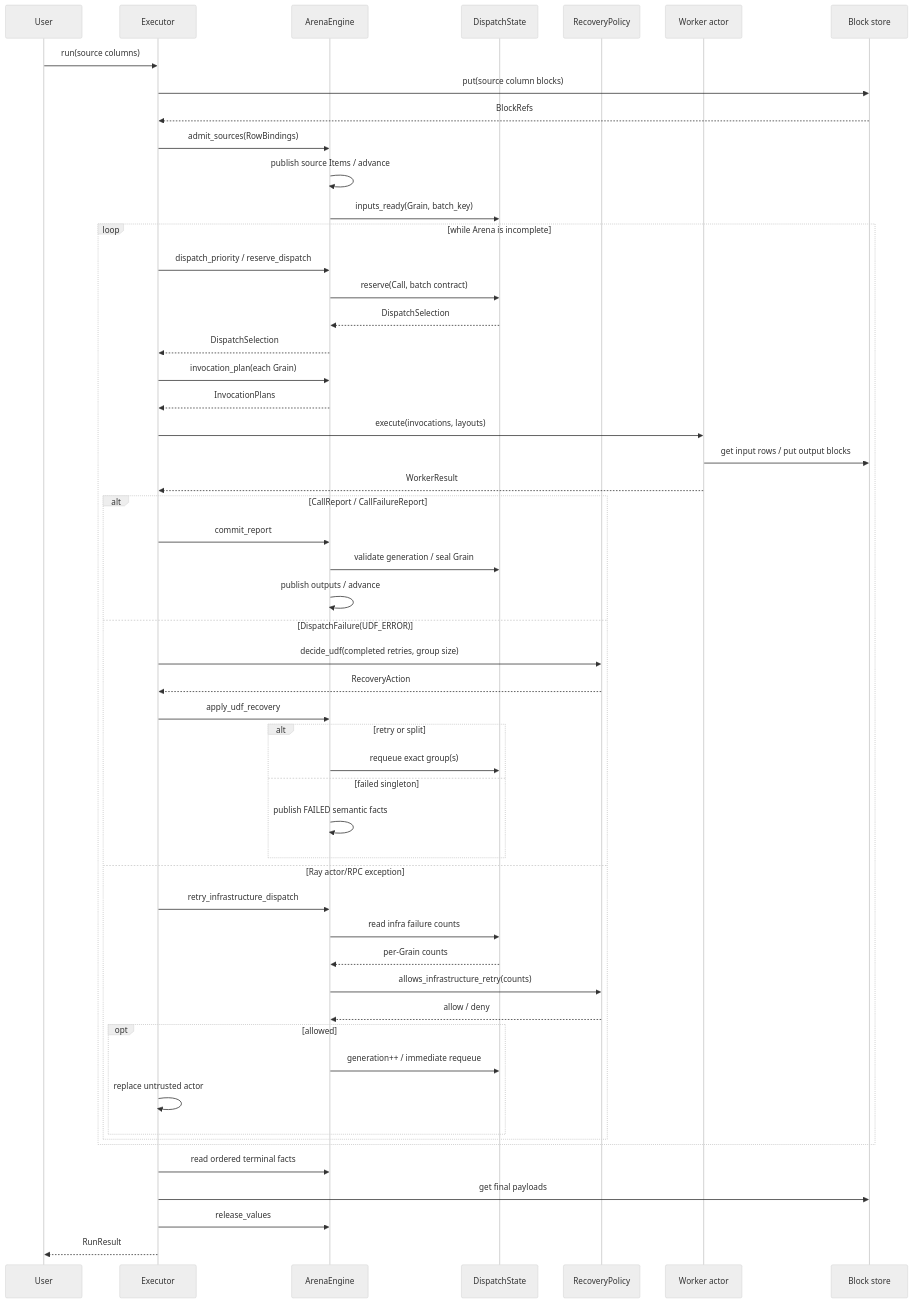
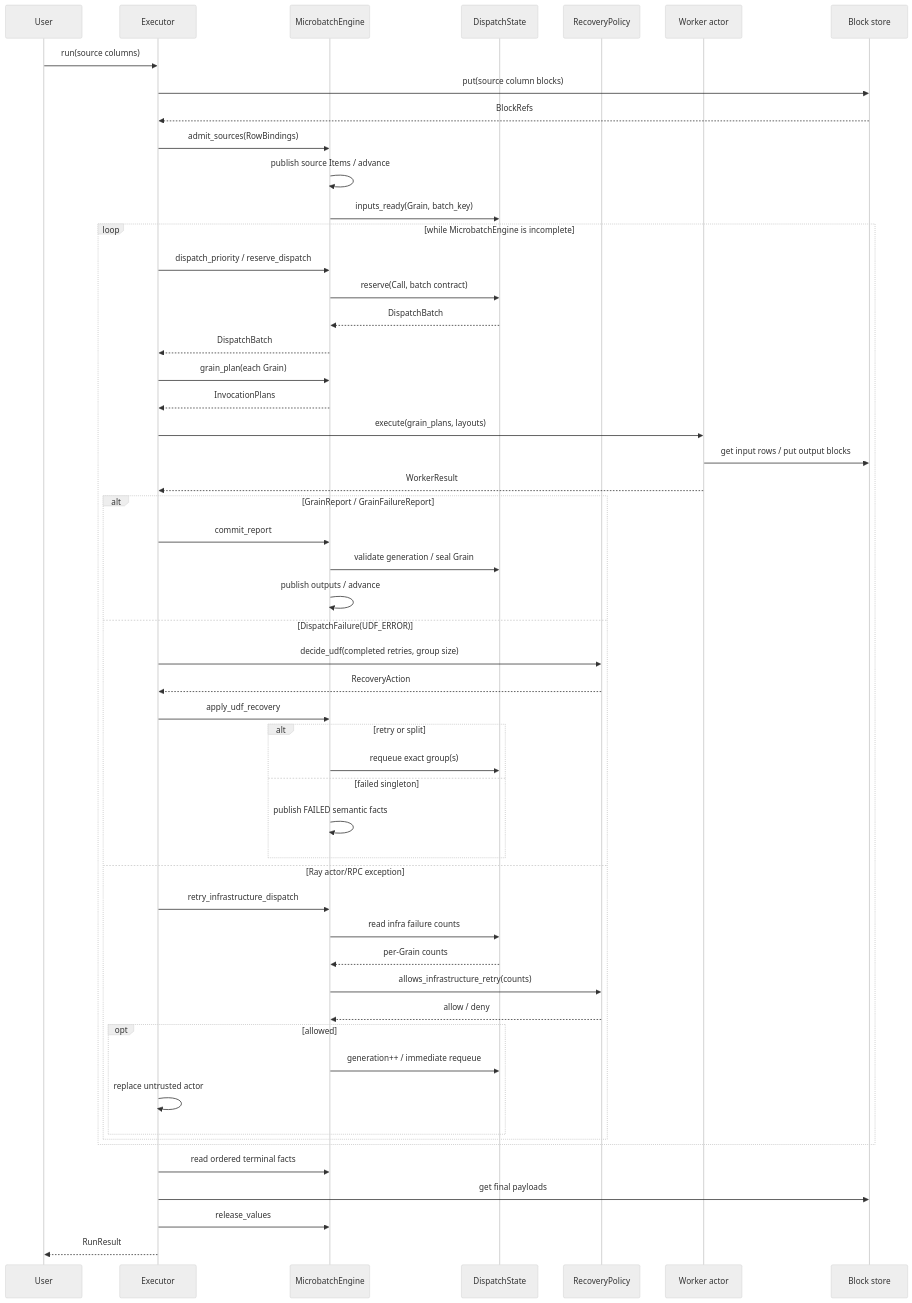
Before and after one commit to OpenDCAI/RayOrch: the fifth of 16 diagrams in docs/multigrain_v3_6_tutorial.md, drawn with Mermaid (neutral theme). The commit also changed other lines of this file and 38 other files, not shown here.

Commit message:
feat(v3.6): unify architecture vocabulary and state ownership

````diff
--- a/docs/multigrain_v3_6_tutorial.md
+++ b/docs/multigrain_v3_6_tutorial.md
@@ -832,58 +851,58 @@
 ```mermaid
 sequenceDiagram
     participant User
     participant E as Executor
-    participant A as ArenaEngine
+    participant A as MicrobatchEngine
     participant D as DispatchState
     participant P as RecoveryPolicy
     participant W as Worker actor
     participant S as Block store
 
     User->>E: run(source columns)
     E->>S: put(source column blocks)
     S-->>E: BlockRefs
     E->>A: admit_sources(RowBindings)
     A->>A: publish source Items / advance
     A->>D: inputs_ready(Grain, batch_key)
 
-    loop while Arena is incomplete
+    loop while MicrobatchEngine is incomplete
         E->>A: dispatch_priority / reserve_dispatch
         A->>D: reserve(Call, batch contract)
-        D-->>A: DispatchSelection
-        A-->>E: DispatchSelection
-        E->>A: invocation_plan(each Grain)
+        D-->>A: DispatchBatch
+        A-->>E: DispatchBatch
+        E->>A: grain_plan(each Grain)
         A-->>E: InvocationPlans
-        E->>W: execute(invocations, layouts)
+        E->>W: execute(grain_plans, layouts)
         W->>S: get input rows / put output blocks
         W-->>E: WorkerResult
-        alt CallReport / CallFailureReport
+        alt GrainReport / GrainFailureReport
             E->>A: commit_report
             A->>D: validate generation / seal Grain
             A->>A: publish outputs / advance
         else DispatchFailure(UDF_ERROR)
             E->>P: decide_udf(completed retries, group size)
             P-->>E: RecoveryAction
             E->>A: apply_udf_recovery
             alt retry or split
                 A->>D: requeue exact group(s)
             else failed singleton
                 A->>A: publish FAILED semantic facts
             end
         else Ray actor/RPC exception
             E->>A: retry_infrastructure_dispatch
             A->>D: read infra failure counts
             D-->>A: per-Grain counts
             A->>P: allows_infrastructure_retry(counts)
             P-->>A: allow / deny
             opt allowed
                 A->>D: generation++ / immediate requeue
                 E->>E: replace untrusted actor
             end
         end
     end
 
     E->>A: read ordered terminal facts
     E->>S: get final payloads
     E->>A: release_values
     E-->>User: RunResult
 ```
````
